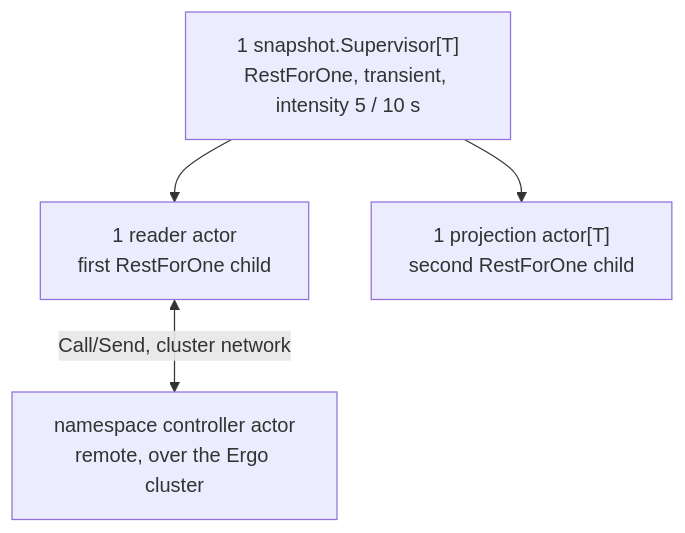
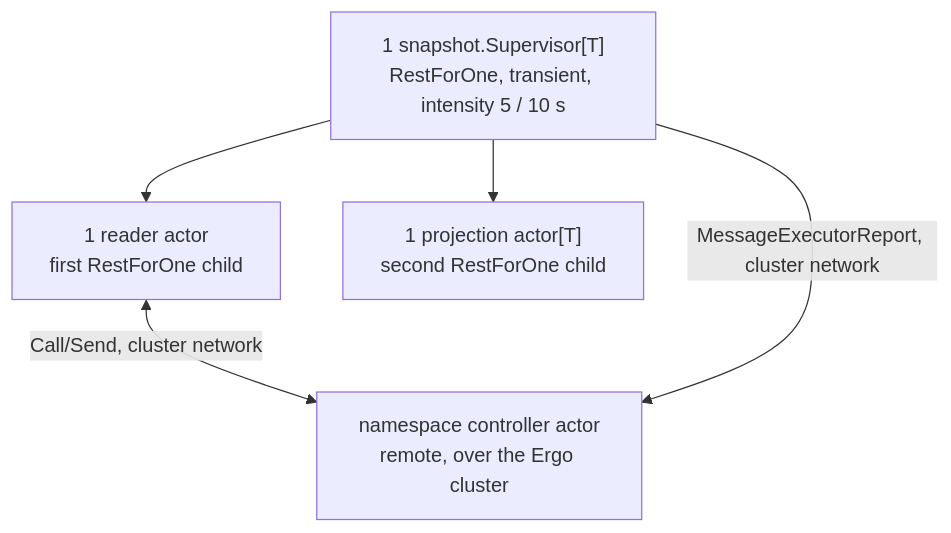
One commit to HarishHary/blink changed the first of 4 diagrams in docs/internals/snapshot-runtime.md. Above: the diagram before and after it, drawn with Mermaid. The commit also changed other lines of this file and 7 other files, not shown here.

````diff
--- a/docs/internals/snapshot-runtime.md
+++ b/docs/internals/snapshot-runtime.md
@@ -7,10 +7,11 @@
 ```mermaid
 flowchart TB
   supervisor["1 snapshot.Supervisor[T]\nRestForOne, transient, intensity 5 / 10 s"]
   reader["1 reader actor\nfirst RestForOne child"]
   controller["namespace controller actor\nremote, over the Ergo cluster"]
   projection["1 projection actor[T]\nsecond RestForOne child"]
   supervisor --> reader
   supervisor --> projection
   reader <-->|Call/Send, cluster network| controller
+  supervisor -->|MessageExecutorReport, cluster network| controller
 ```
````
